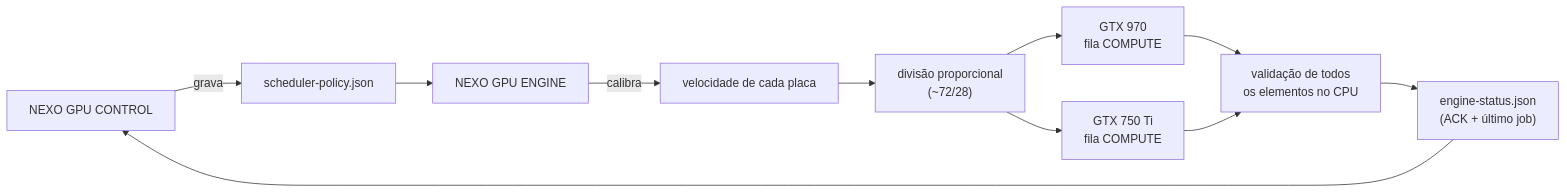
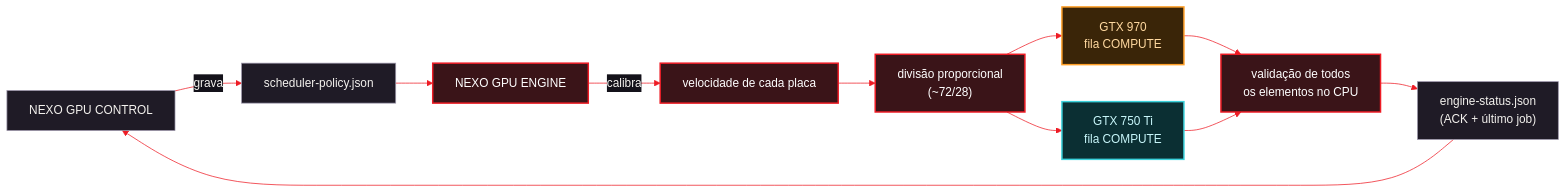
Before and after one commit to Bruno-Gadelha25/nexo-dual-gpu-lab: the diagram in docs/gpu-engine.md, drawn with Mermaid. The commit also changed 3 other files, not shown here.

First line of the commit message:
docs: diagramas Mermaid com tema escuro e cores por placa

````diff
--- a/docs/gpu-engine.md
+++ b/docs/gpu-engine.md
@@ -8,13 +8,22 @@
 ```mermaid
+%%{init: {"theme":"base","themeVariables":{"primaryColor":"#1f1b26","primaryTextColor":"#f4f2ee","primaryBorderColor":"#ee1c25","lineColor":"#ee1c25","secondaryColor":"#2a2533","tertiaryColor":"#1a1720","clusterBkg":"#18151d","clusterBorder":"#77708a","edgeLabelBackground":"#14121a","fontFamily":"Segoe UI, Arial, sans-serif","actorBkg":"#1f1b26","actorBorder":"#ee1c25","actorTextColor":"#f4f2ee","actorLineColor":"#9a94a8","signalColor":"#ee1c25","signalTextColor":"#14121a","noteBkgColor":"#3a1418","noteTextColor":"#f4f2ee","noteBorderColor":"#ee1c25","labelBoxBkgColor":"#1f1b26","labelBoxBorderColor":"#ee1c25","labelTextColor":"#f4f2ee","loopTextColor":"#f4f2ee","activationBkgColor":"#3a1418"}}}%%
 flowchart LR
   UI["NEXO GPU CONTROL"] -->|grava| POL["scheduler-policy.json"]
   POL --> ENG["NEXO GPU ENGINE"]
   ENG -->|calibra| CAL["velocidade de cada placa"]
   CAL --> SPLIT["divisão proporcional<br/>(~72/28)"]
   SPLIT --> W0["GTX 970<br/>fila COMPUTE"]
   SPLIT --> W1["GTX 750 Ti<br/>fila COMPUTE"]
   W0 --> V["validação de todos<br/>os elementos no CPU"]
   W1 --> V
   V --> ST["engine-status.json<br/>(ACK + último job)"]
   ST --> UI
+  classDef g970 fill:#3a2508,stroke:#ffa028,color:#ffd9a0,stroke-width:2px
+  classDef g750 fill:#0b2f33,stroke:#3cd2dc,color:#c8f6fa,stroke-width:2px
+  classDef eng fill:#3a1418,stroke:#ee1c25,color:#ffffff,stroke-width:2px
+  classDef data fill:#1f1b26,stroke:#9a94a8,color:#f4f2ee,stroke-width:1px
+  class UI,POL,ST data
+  class ENG,CAL,SPLIT,V eng
+  class W0 g970
+  class W1 g750
 ```
````
